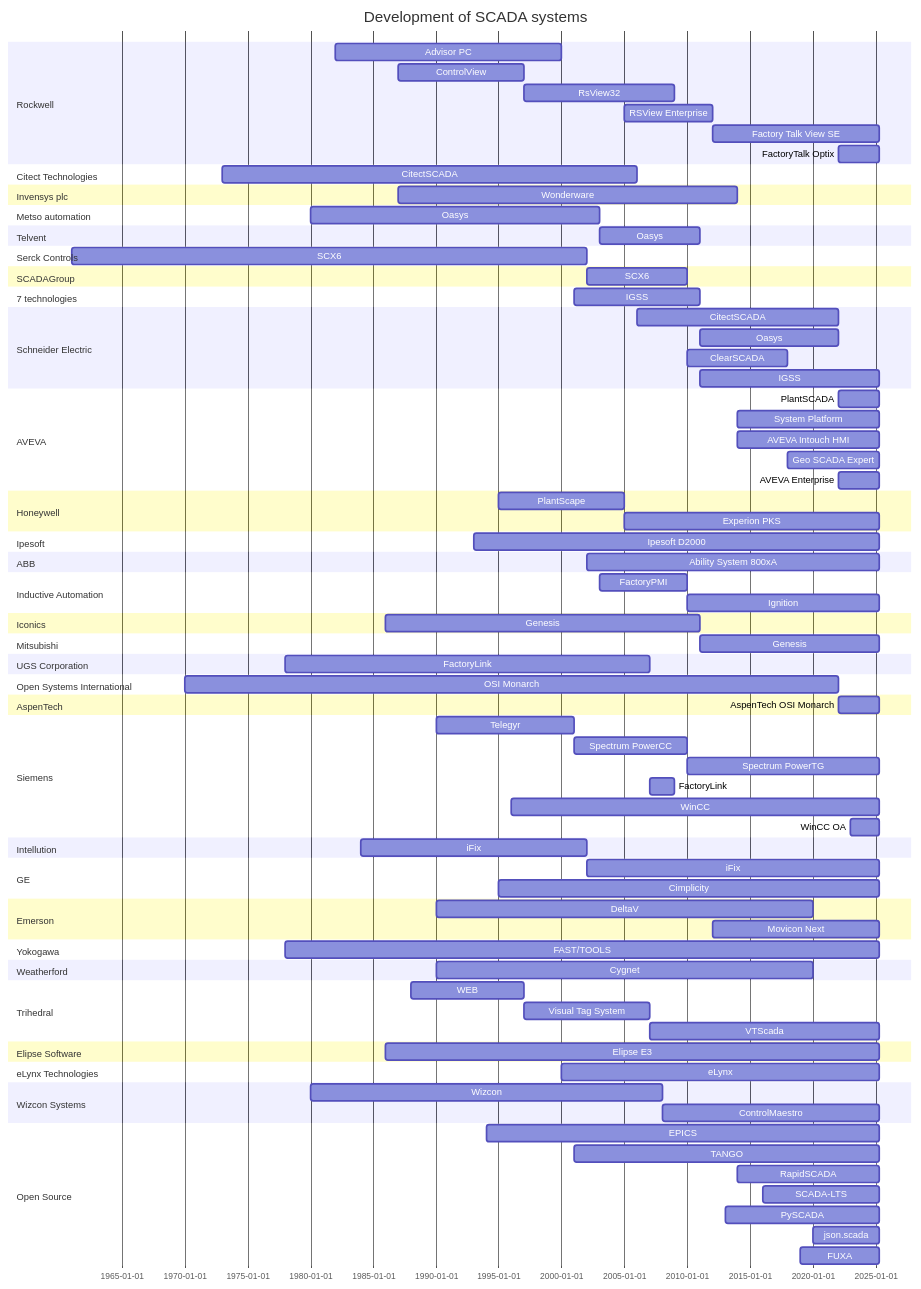
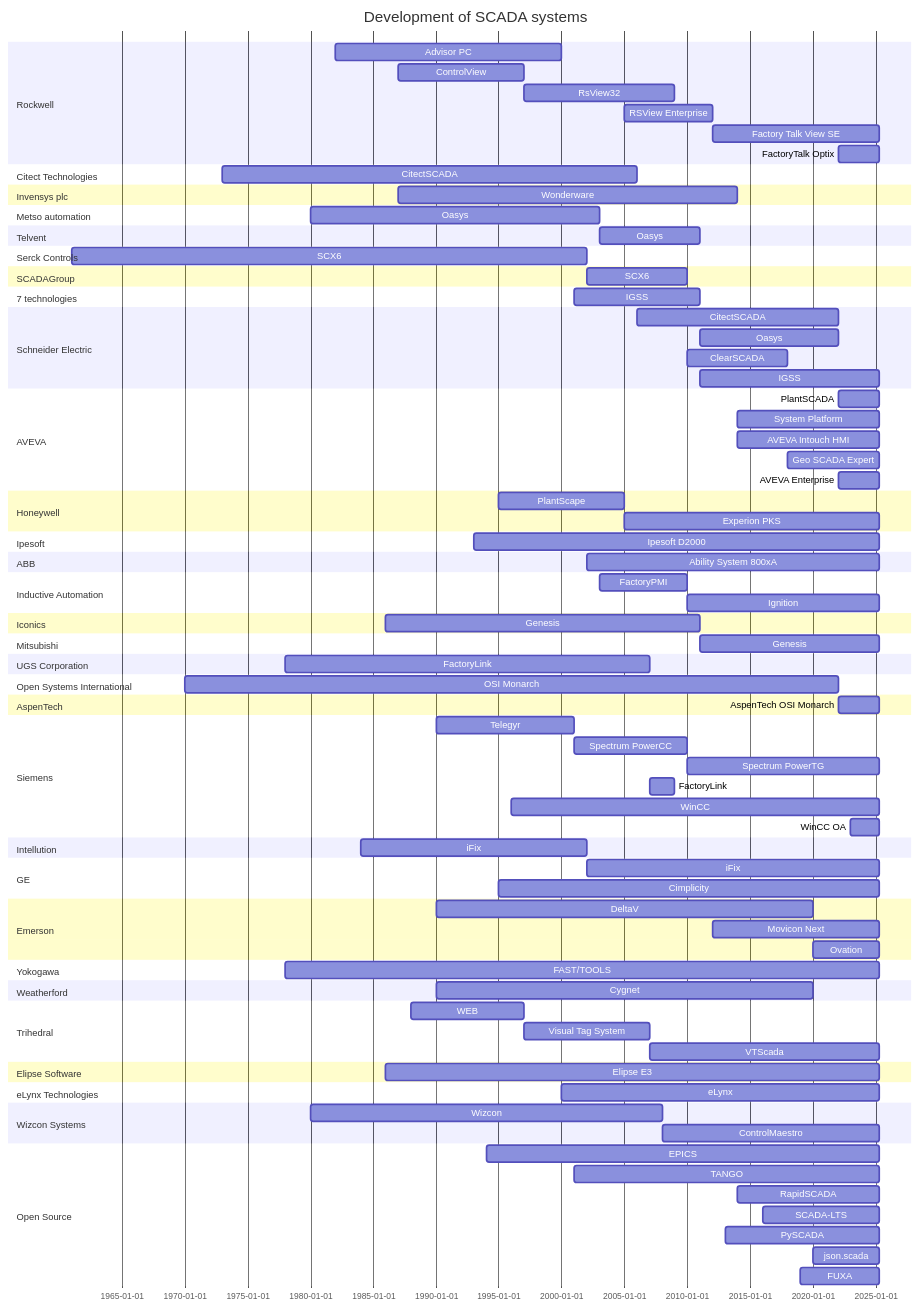
The diagram in README.md (hutcheb/scada-timeline), drawn with Mermaid before and after one commit.

Commit message:
feat: Ovation added

```diff
--- a/README.md
+++ b/README.md
@@ -103,6 +103,8 @@
         DeltaV : 1990, 30y
         %%(Estimate)
         Movicon Next : 2012, until 2025
+        %%(No Start and End Dates)
+        Ovation : 2020, until 2025
     section Yokogawa 
         %%(https://www.yokogawa.com/au/solutions/products-and-services/lifecycle-services/scada-as-a-service/)
         FAST/TOOLS : 1978, until 2025
```
